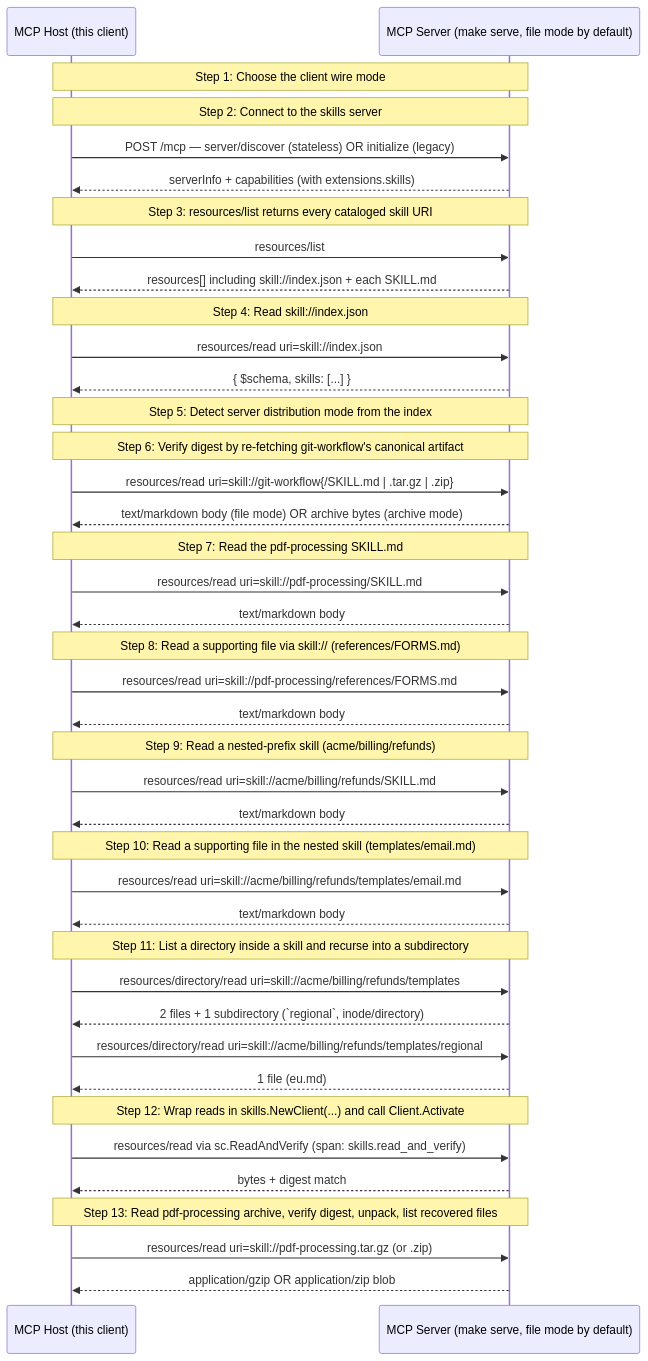
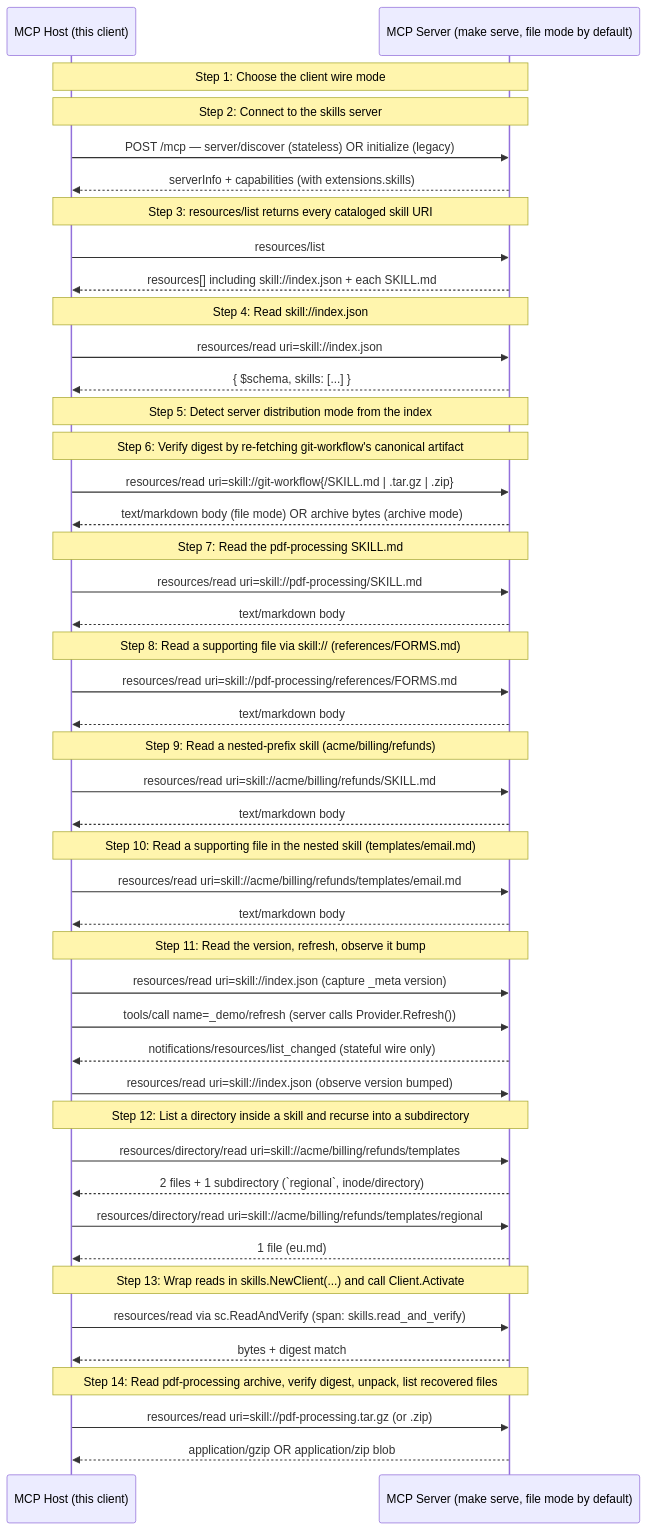
The diagram in examples/skills/WALKTHROUGH.md (panyam/mcpkit), drawn with Mermaid before and after one commit. The commit also changed other lines of this file and 6 other files, not shown here.

First line of the commit message:
ext/skills: push-based index freshness + Applier API (#795)

````diff
--- a/examples/skills/WALKTHROUGH.md
+++ b/examples/skills/WALKTHROUGH.md
@@ -23,55 +24,61 @@
 ```mermaid
 sequenceDiagram
     participant Host as MCP Host (this client)
     participant Server as MCP Server (make serve, file mode by default)
 
     Note over Host,Server: Step 1: Choose the client wire mode
 
     Note over Host,Server: Step 2: Connect to the skills server
     Host->>Server: POST /mcp — server/discover (stateless) OR initialize (legacy)
     Server-->>Host: serverInfo + capabilities (with extensions.skills)
 
     Note over Host,Server: Step 3: resources/list returns every cataloged skill URI
     Host->>Server: resources/list
     Server-->>Host: resources[] including skill://index.json + each SKILL.md
 
     Note over Host,Server: Step 4: Read skill://index.json
     Host->>Server: resources/read uri=skill://index.json
     Server-->>Host: { $schema, skills: [...] }
 
     Note over Host,Server: Step 5: Detect server distribution mode from the index
 
     Note over Host,Server: Step 6: Verify digest by re-fetching git-workflow's canonical artifact
     Host->>Server: resources/read uri=skill://git-workflow{/SKILL.md | .tar.gz | .zip}
     Server-->>Host: text/markdown body (file mode) OR archive bytes (archive mode)
 
     Note over Host,Server: Step 7: Read the pdf-processing SKILL.md
     Host->>Server: resources/read uri=skill://pdf-processing/SKILL.md
     Server-->>Host: text/markdown body
 
     Note over Host,Server: Step 8: Read a supporting file via skill:// (references/FORMS.md)
     Host->>Server: resources/read uri=skill://pdf-processing/references/FORMS.md
     Server-->>Host: text/markdown body
 
     Note over Host,Server: Step 9: Read a nested-prefix skill (acme/billing/refunds)
     Host->>Server: resources/read uri=skill://acme/billing/refunds/SKILL.md
     Server-->>Host: text/markdown body
 
     Note over Host,Server: Step 10: Read a supporting file in the nested skill (templates/email.md)
     Host->>Server: resources/read uri=skill://acme/billing/refunds/templates/email.md
     Server-->>Host: text/markdown body
 
-    Note over Host,Server: Step 11: List a directory inside a skill and recurse into a subdirectory
+    Note over Host,Server: Step 11: Read the version, refresh, observe it bump
+    Host->>Server: resources/read uri=skill://index.json (capture _meta version)
+    Host->>Server: tools/call name=_demo/refresh (server calls Provider.Refresh())
+    Server-->>Host: notifications/resources/list_changed (stateful wire only)
+    Host->>Server: resources/read uri=skill://index.json (observe version bumped)
+
+    Note over Host,Server: Step 12: List a directory inside a skill and recurse into a subdirectory
     Host->>Server: resources/directory/read uri=skill://acme/billing/refunds/templates
     Server-->>Host: 2 files + 1 subdirectory (`regional`, inode/directory)
     Host->>Server: resources/directory/read uri=skill://acme/billing/refunds/templates/regional
     Server-->>Host: 1 file (eu.md)
 
-    Note over Host,Server: Step 12: Wrap reads in skills.NewClient(...) and call Client.Activate
+    Note over Host,Server: Step 13: Wrap reads in skills.NewClient(...) and call Client.Activate
     Host->>Server: resources/read via sc.ReadAndVerify (span: skills.read_and_verify)
     Server-->>Host: bytes + digest match
 
-    Note over Host,Server: Step 13: Read pdf-processing archive, verify digest, unpack, list recovered files
+    Note over Host,Server: Step 14: Read pdf-processing archive, verify digest, unpack, list recovered files
     Host->>Server: resources/read uri=skill://pdf-processing.tar.gz (or .zip)
     Server-->>Host: application/gzip OR application/zip blob
 ```
````
